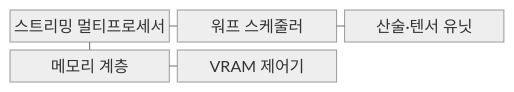
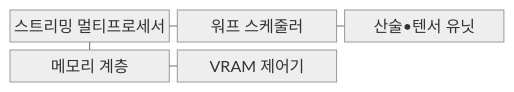
Before and after one commit to agnusdei1207/knowledge-base: the first of 2 diagrams in src/content/docs/notes/08-latest-tech/141_gpu.md, drawn with Mermaid (neutral theme). The commit also changed other lines of this file and 953 other files, not shown here.

````diff
--- a/src/content/docs/notes/08-latest-tech/141_gpu.md
+++ b/src/content/docs/notes/08-latest-tech/141_gpu.md
@@ -71,13 +71,13 @@
 ```mermaid
 block-beta
   columns 3
   A["스트리밍 멀티프로세서"]
   B["워프 스케줄러"]
-  C["산술·텐서 유닛"]
+  C["산술•텐서 유닛"]
   D["메모리 계층"]
   E["VRAM 제어기"]
   A --- B
   B --- C
   A --- D
   D --- E
 ```
````
